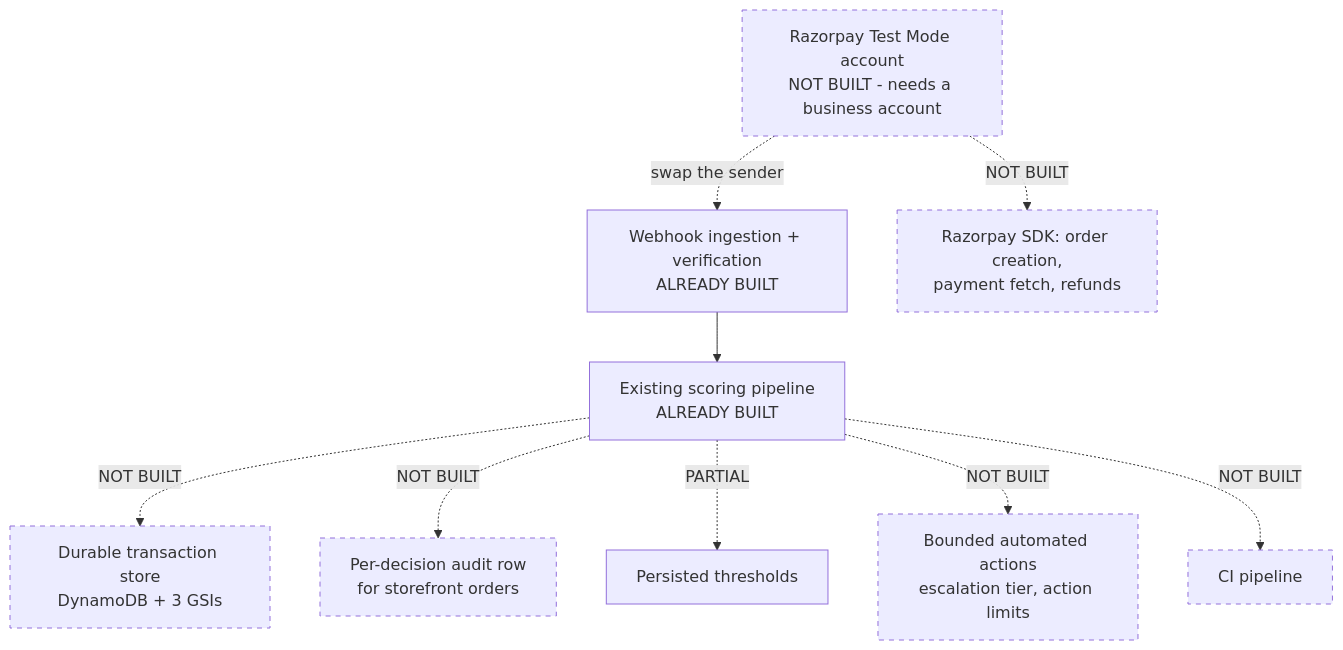
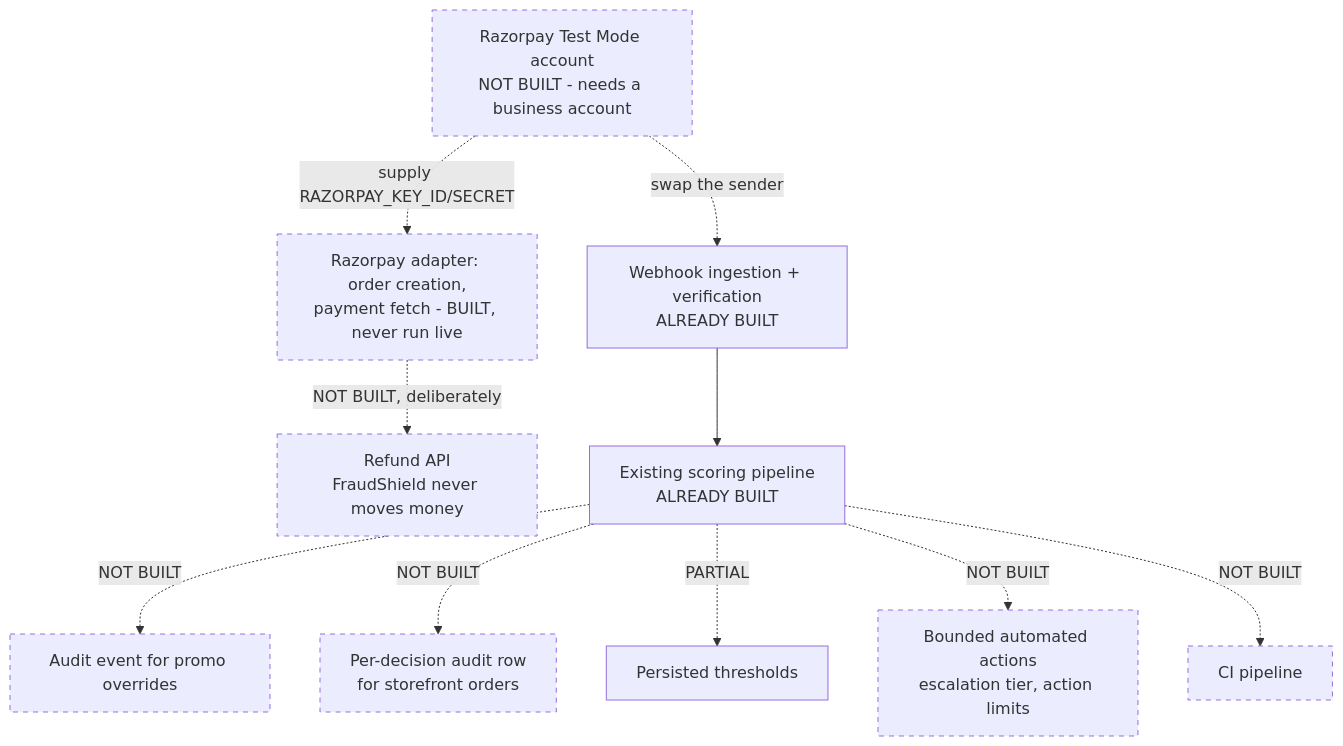
Before and after one commit to Cyberexe1/Risk_Analyzer: the second of 2 diagrams in README.md, drawn with Mermaid. The commit also changed other lines of this file and 55 other files, not shown here.

````diff
--- a/README.md
+++ b/README.md
@@ -158,18 +187,20 @@
 ```mermaid
 flowchart TD
     A["Razorpay Test Mode account<br/>NOT BUILT - needs a business account"] -.->|"swap the sender"| B["Webhook ingestion + verification<br/>ALREADY BUILT"]
-    A -.->|"NOT BUILT"| A2["Razorpay SDK: order creation,<br/>payment fetch, refunds"]
+    A -.->|"supply RAZORPAY_KEY_ID/SECRET"| A2["Razorpay adapter: order creation,<br/>payment fetch - BUILT, never run live"]
+    A2 -.->|"NOT BUILT, deliberately"| A3["Refund API<br/>FraudShield never moves money"]
     B --> C2["Existing scoring pipeline<br/>ALREADY BUILT"]
-    C2 -.->|"NOT BUILT"| C["Durable transaction store<br/>DynamoDB + 3 GSIs"]
+    C2 -.->|"NOT BUILT"| C["Audit event for promo overrides"]
     C2 -.->|"NOT BUILT"| E["Per-decision audit row<br/>for storefront orders"]
     C2 -.->|"PARTIAL"| F["Persisted thresholds"]
     C2 -.->|"NOT BUILT"| G["Bounded automated actions<br/>escalation tier, action limits"]
     C2 -.->|"NOT BUILT"| H["CI pipeline"]
 
     style A stroke-dasharray: 5 5
     style A2 stroke-dasharray: 5 5
+    style A3 stroke-dasharray: 5 5
     style C stroke-dasharray: 5 5
     style E stroke-dasharray: 5 5
     style G stroke-dasharray: 5 5
     style H stroke-dasharray: 5 5
 ```
````
